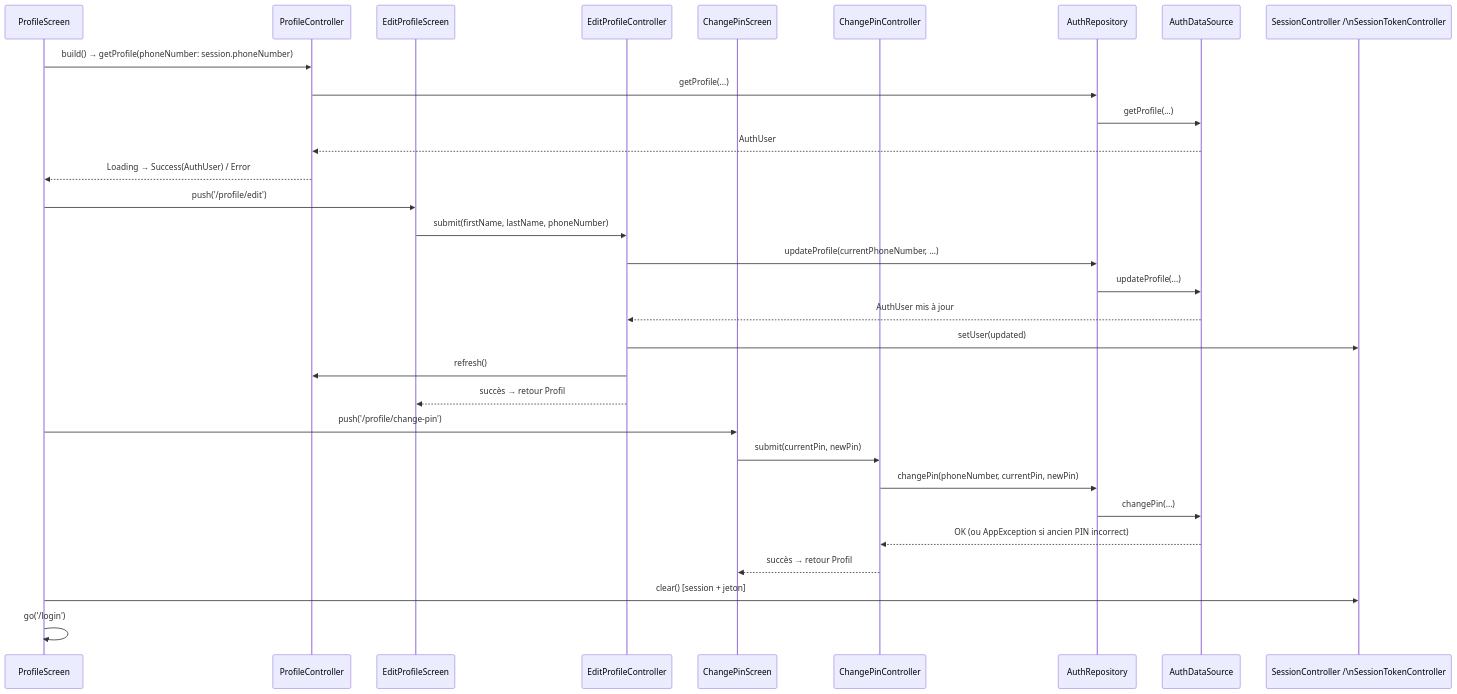
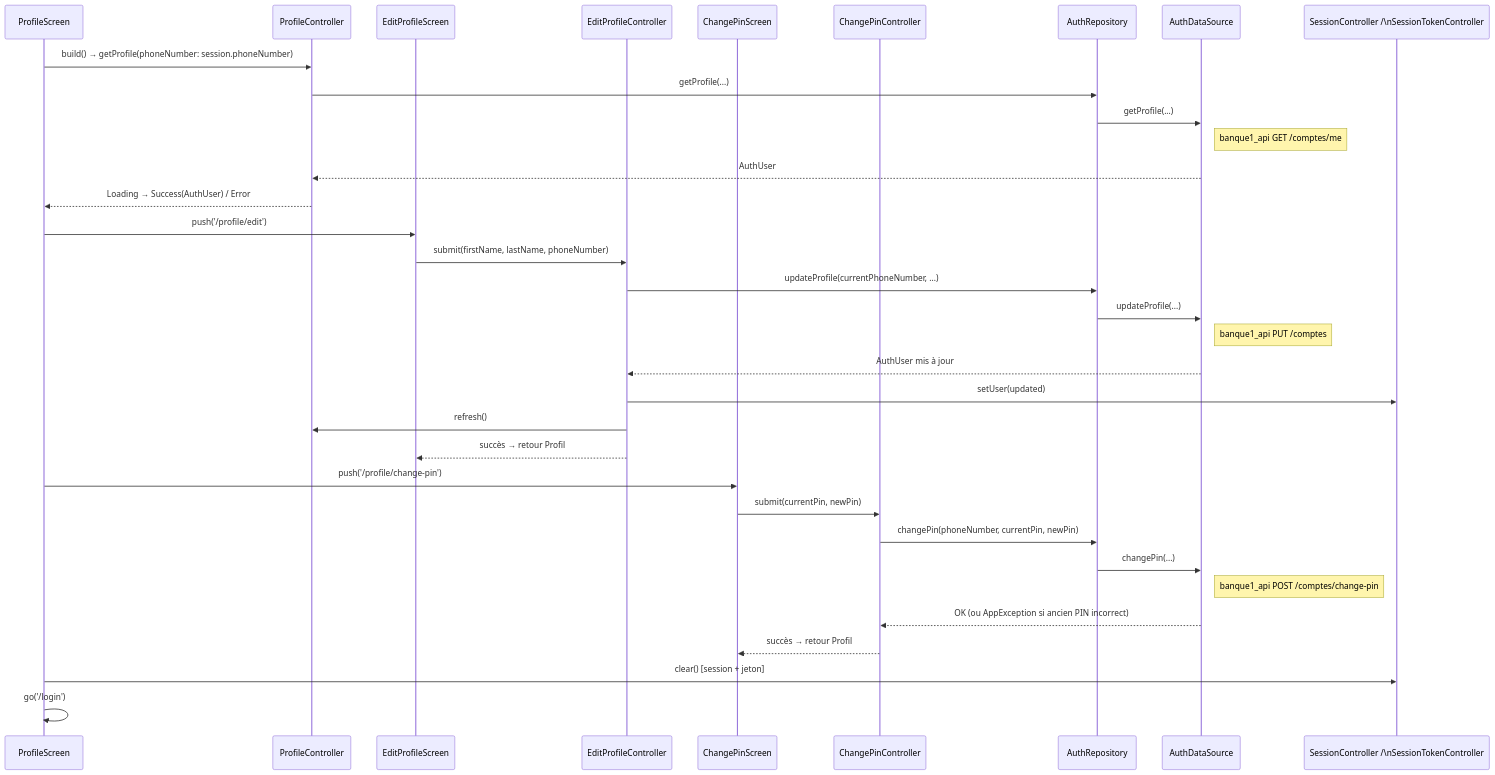
The third of 3 diagrams in docs/auth-flow.md (Alou66/flutter_banque), drawn with Mermaid before and after one commit. The commit also changed other lines of this file and 30 other files, not shown here.

````diff
--- a/docs/auth-flow.md
+++ b/docs/auth-flow.md
@@ -77,37 +81,40 @@
 ```mermaid
 sequenceDiagram
     participant PS as ProfileScreen
     participant PCt as ProfileController
     participant EPS as EditProfileScreen
     participant EPC as EditProfileController
     participant CPS as ChangePinScreen
     participant CPC as ChangePinController
     participant Repo as AuthRepository
     participant DS as AuthDataSource
     participant Sess as SessionController /\nSessionTokenController
 
     PS->>PCt: build() → getProfile(phoneNumber: session.phoneNumber)
     PCt->>Repo: getProfile(...)
     Repo->>DS: getProfile(...)
+    Note right of DS: banque1_api GET /comptes/me
     DS-->>PCt: AuthUser
     PCt-->>PS: Loading → Success(AuthUser) / Error
 
     PS->>EPS: push('/profile/edit')
     EPS->>EPC: submit(firstName, lastName, phoneNumber)
     EPC->>Repo: updateProfile(currentPhoneNumber, ...)
     Repo->>DS: updateProfile(...)
+    Note right of DS: banque1_api PUT /comptes
     DS-->>EPC: AuthUser mis à jour
     EPC->>Sess: setUser(updated)
     EPC->>PCt: refresh()
     EPC-->>EPS: succès → retour Profil
 
     PS->>CPS: push('/profile/change-pin')
     CPS->>CPC: submit(currentPin, newPin)
     CPC->>Repo: changePin(phoneNumber, currentPin, newPin)
     Repo->>DS: changePin(...)
+    Note right of DS: banque1_api POST /comptes/change-pin
     DS-->>CPC: OK (ou AppException si ancien PIN incorrect)
     CPC-->>CPS: succès → retour Profil
 
     PS->>Sess: clear() [session + jeton]
     PS->>PS: go('/login')
 ```
````
